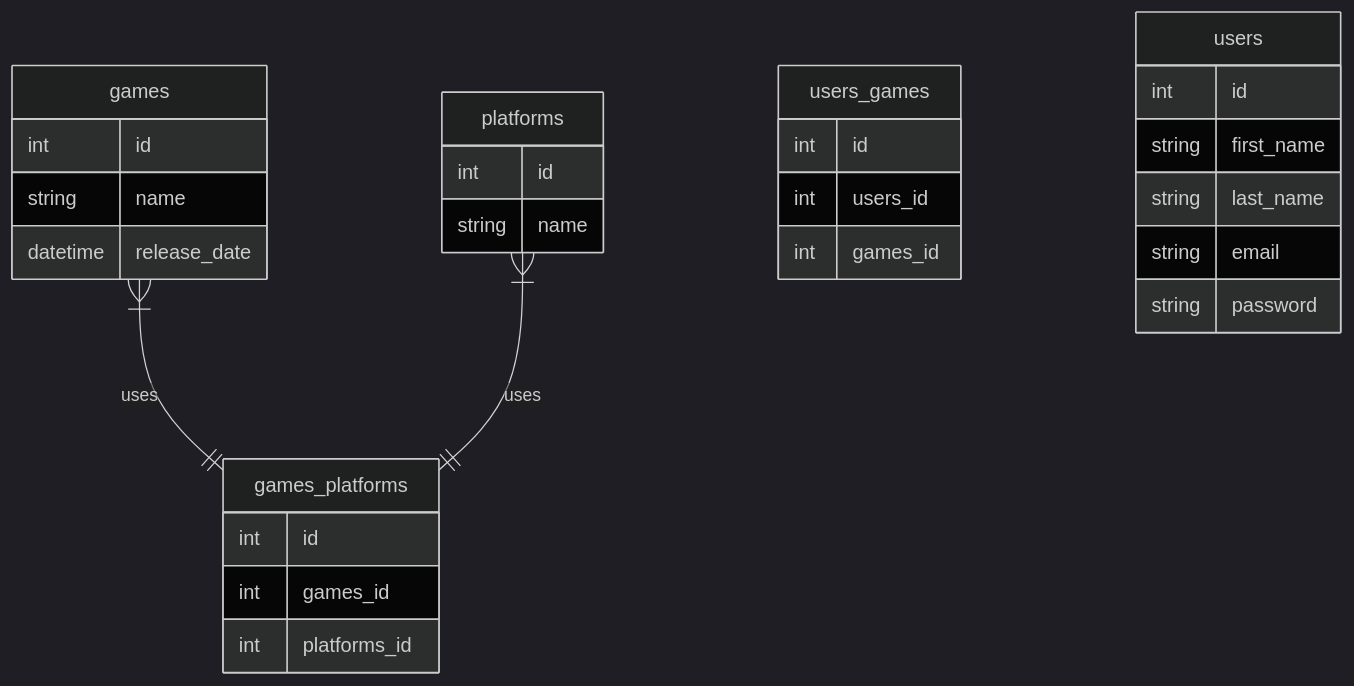
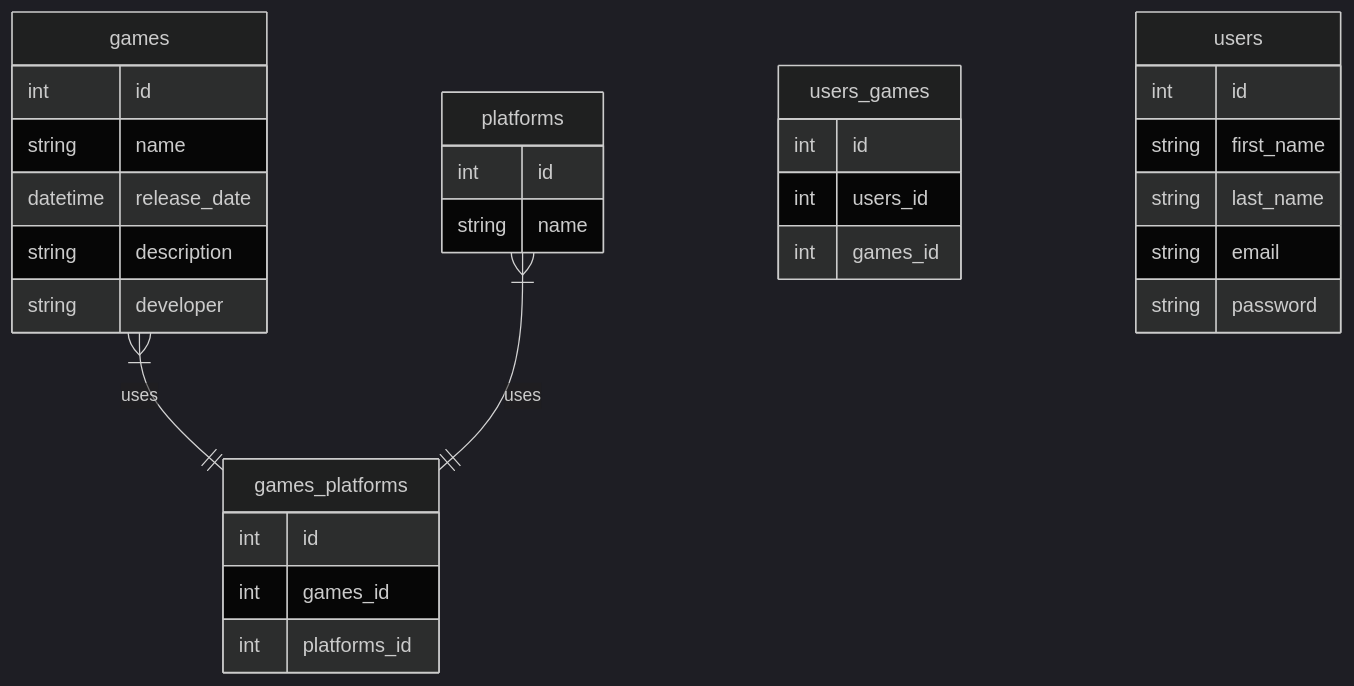
Before and after one commit to Haikira/VGLogger: the second of 2 diagrams in README.md, drawn with Mermaid.

````diff
--- a/README.md
+++ b/README.md
@@ -39,36 +39,38 @@
 ``` mermaid
 %%{init: {'theme': 'dark' } }%%
 
 erDiagram
 
         games {
                 int id
                 string name
                 datetime release_date
+                string description
+                string developer
         }
         platforms {
                 int id
                 string name                
         }
         games_platforms {
                 int id
                 int games_id
                 int platforms_id
         }
         users_games {
                 int id
                 int users_id
                 int games_id
         }
         users {
                 int id
                 string first_name
                 string last_name
                 string email
                 string password
         }
         
         games }|--|| games_platforms: "uses"
         platforms }|--|| games_platforms: "uses"
 
 ```
````
